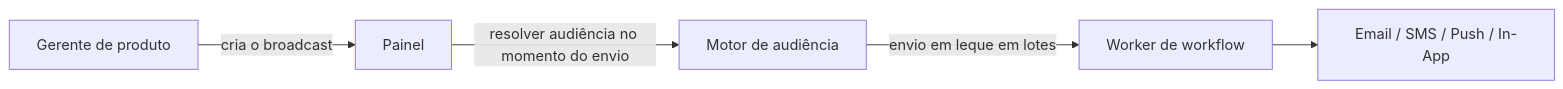
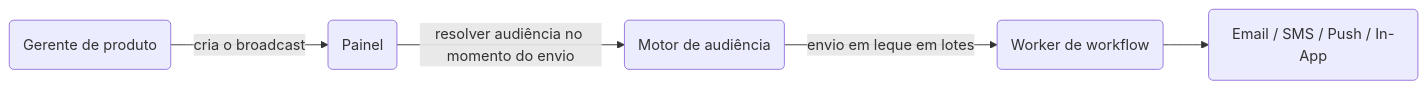
Before and after one commit to KriyanshKhunt/nexus_docs: the diagram in content/docs/pt/platform/features/broadcasts.mdx, drawn with Mermaid. The commit also changed 20 other files, not shown here.

Commit message:
Handle pt Mermaid charts

````diff
--- a/content/docs/pt/platform/features/broadcasts.mdx
+++ b/content/docs/pt/platform/features/broadcasts.mdx
@@ -19,7 +19,7 @@
 ```mermaid
 flowchart LR
-  PM[Gerente de produto] -->|cria o broadcast| Dash[Painel]
-  Dash -->|resolver audiência no momento do envio| Aud[Motor de audiência]
-  Aud -->|envio em leque em lotes| Worker[Worker de workflow]
-  Worker --> Ch[Email / SMS / Push / In-App]
+  PM(Gerente de produto) -->|cria o broadcast| Dash(Painel)
+  Dash -->|resolver audiência no momento do envio| Aud(Motor de audiência)
+  Aud -->|envio em leque em lotes| Worker(Worker de workflow)
+  Worker --> Ch(Email / SMS / Push / In-App)
 ```
````
